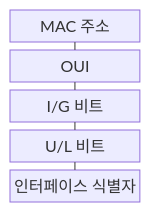
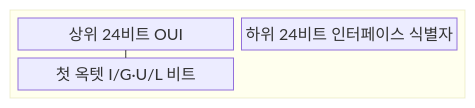
Before and after one commit to agnusdei1207/knowledge-base: the first of 2 diagrams in src/content/docs/notes/04-network/006_mac_address.md, drawn with Mermaid. The commit also changed other lines of this file and 20 other files, not shown here.

````diff
--- a/src/content/docs/notes/04-network/006_mac_address.md
+++ b/src/content/docs/notes/04-network/006_mac_address.md
@@ -58,13 +59,11 @@
 ```mermaid
-block-beta
+block
     columns 1
-    A["MAC 주소"]
-    B["OUI"]
-    C["I/G 비트"]
-    D["U/L 비트"]
-    E["인터페이스 식별자"]
-    A --- B
-    B --- C
-    C --- D
-    D --- E
+    block:MAC_ADDRESS
+        columns 2
+        O["상위 24비트 OUI"]
+        I["하위 24비트 인터페이스 식별자"]
+        F["첫 옥텟 I/G·U/L 비트"]
+    end
+    O --- F
 ```
````
